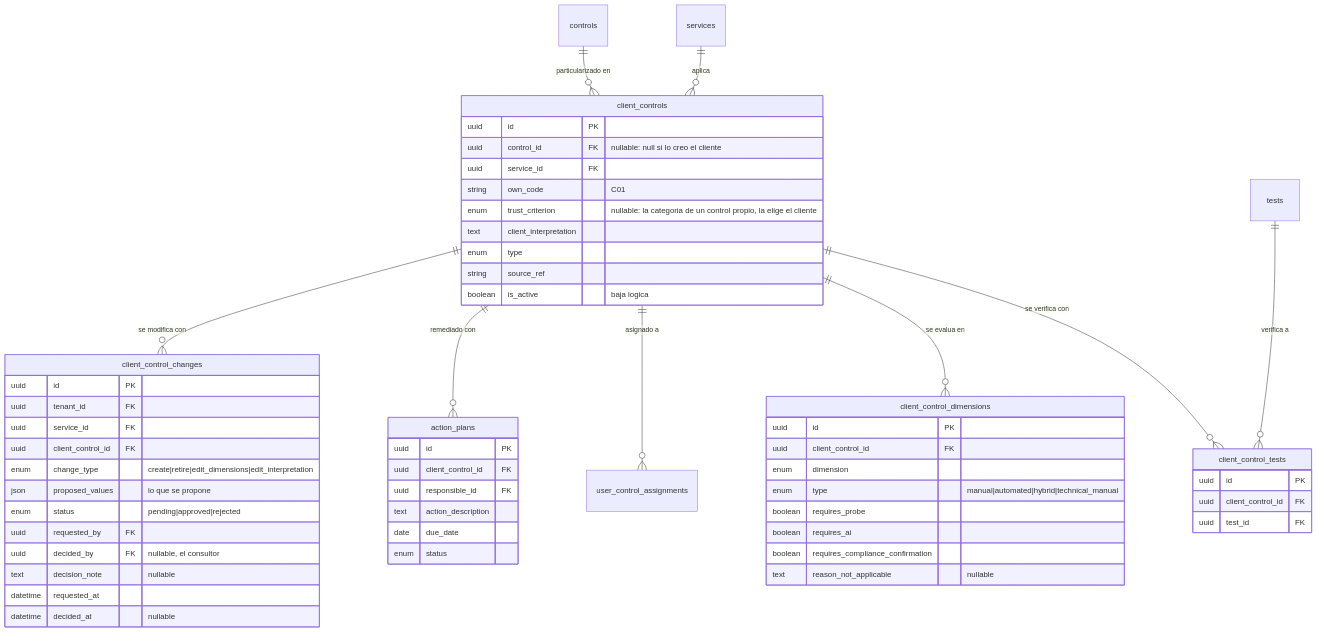
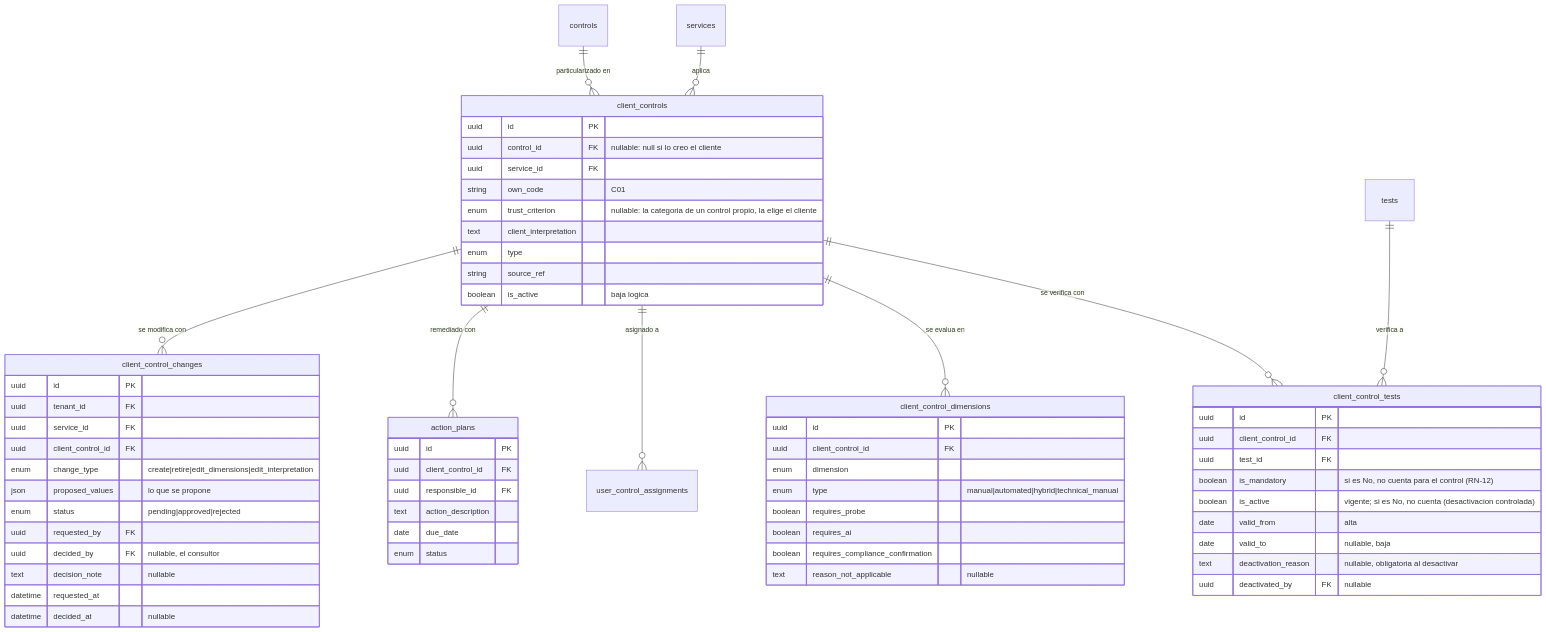
The first of 5 diagrams in skills/product/monkey-compliance-council/references/datos/modelo/07-cumplimiento.md (Monkey-GRC/Monkey-Brain-IA), drawn with Mermaid before and after one commit. The commit also changed other lines of this file and 23 other files, not shown here.

````diff
--- a/skills/product/monkey-compliance-council/references/datos/modelo/07-cumplimiento.md
+++ b/skills/product/monkey-compliance-council/references/datos/modelo/07-cumplimiento.md
@@ -21,59 +21,65 @@
 ```mermaid
 erDiagram
     client_controls {
         uuid id PK
         uuid control_id FK "nullable: null si lo creo el cliente"
         uuid service_id FK
         string own_code "C01"
         enum trust_criterion "nullable: la categoria de un control propio, la elige el cliente"
         text client_interpretation
         enum type
         string source_ref
         boolean is_active "baja logica"
     }
     client_control_changes {
         uuid id PK
         uuid tenant_id FK
         uuid service_id FK
         uuid client_control_id FK
         enum change_type "create|retire|edit_dimensions|edit_interpretation"
         json proposed_values "lo que se propone"
         enum status "pending|approved|rejected"
         uuid requested_by FK
         uuid decided_by FK "nullable, el consultor"
         text decision_note "nullable"
         datetime requested_at
         datetime decided_at "nullable"
     }
     client_control_dimensions {
         uuid id PK
         uuid client_control_id FK
         enum dimension
         enum type "manual|automated|hybrid|technical_manual"
         boolean requires_probe
         boolean requires_ai
         boolean requires_compliance_confirmation
         text reason_not_applicable "nullable"
     }
     client_control_tests {
         uuid id PK
         uuid client_control_id FK
         uuid test_id FK
+        boolean is_mandatory "si es No, no cuenta para el control (RN-12)"
+        boolean is_active "vigente; si es No, no cuenta (desactivacion controlada)"
+        date valid_from "alta"
+        date valid_to "nullable, baja"
+        text deactivation_reason "nullable, obligatoria al desactivar"
+        uuid deactivated_by FK "nullable"
     }
     action_plans {
         uuid id PK
         uuid client_control_id FK
         uuid responsible_id FK
         text action_description
         date due_date
         enum status
     }
     controls ||--o{ client_controls : "particularizado en"
     services ||--o{ client_controls : "aplica"
     client_controls ||--o{ client_control_changes : "se modifica con"
     client_controls ||--o{ action_plans : "remediado con"
     client_controls ||--o{ user_control_assignments : "asignado a"
     client_controls ||--o{ client_control_dimensions : "se evalua en"
     client_controls ||--o{ client_control_tests : "se verifica con"
     tests ||--o{ client_control_tests : "verifica a"
 ```
````
